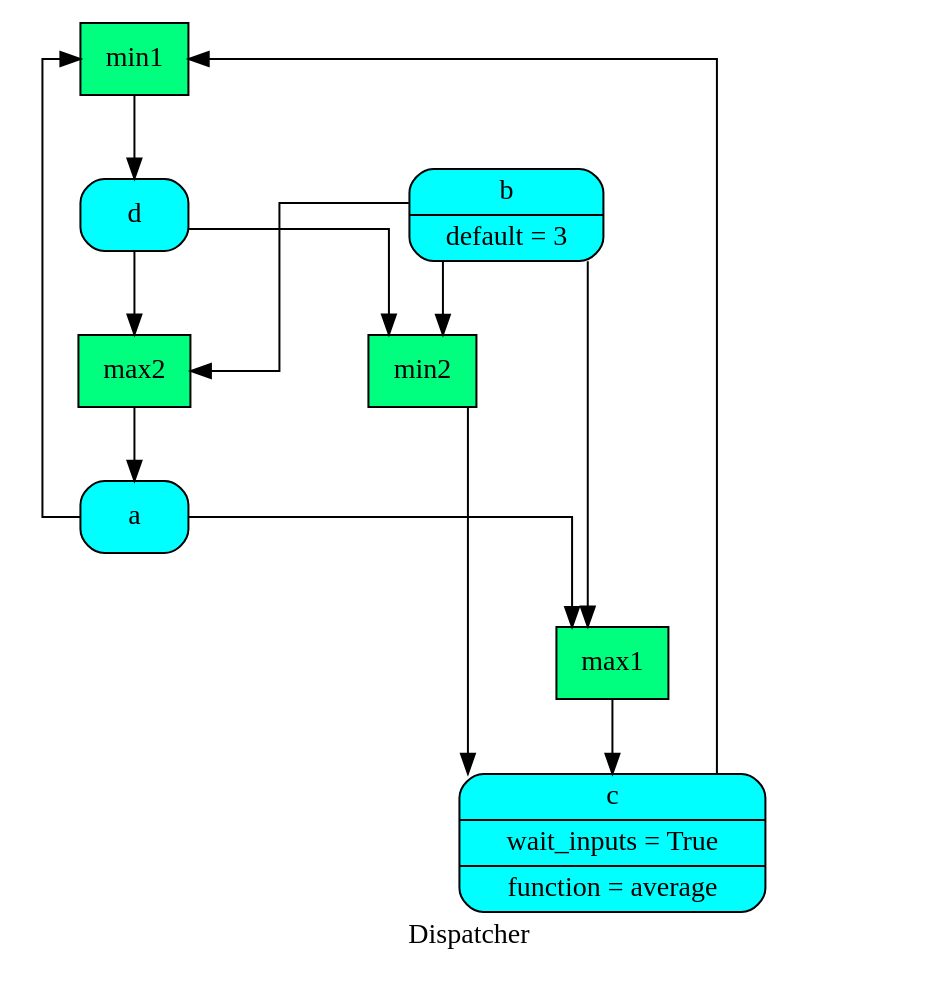
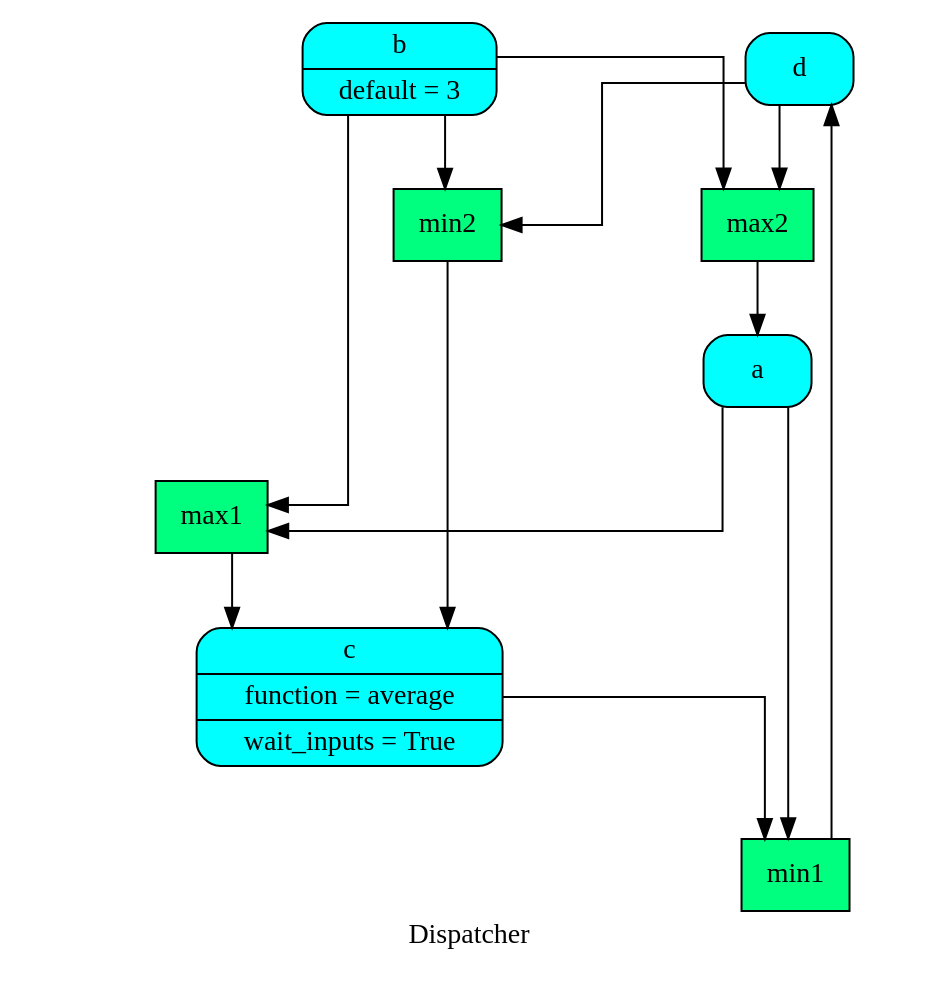
The diagram in doc/dispatcher/__init__/remove_cycles/dsp.dot (vinci1it2000/schedula), drawn with Graphviz before and after one commit. The commit also changed 24 other files, not shown here.

```diff
--- a/doc/dispatcher/__init__/remove_cycles/dsp.dot
+++ b/doc/dispatcher/__init__/remove_cycles/dsp.dot
@@ -1,26 +1,26 @@
 digraph Dispatcher {
 	graph [ratio=1]
 	node [style=filled]
+	label = "Dispatcher"
 	splines = ortho
-	label = "Dispatcher"
-		Dispatcher_2773667882067843218 [label="{ min1  }" fillcolor=springgreen shape=record]
-		Dispatcher_6978204315916669291 [label="{ a  }" fillcolor=cyan shape=Mrecord]
-		Dispatcher_6626115097598480436 [label="{ max2  }" fillcolor=springgreen shape=record]
-		"Dispatcher_-131253581771932711" [label="{ min2  }" fillcolor=springgreen shape=record]
-		"Dispatcher_-7581342329438558216" [label="{ max1  }" fillcolor=springgreen shape=record]
-		Dispatcher_5471397706553619705 [label="{ d  }" fillcolor=cyan shape=Mrecord]
-		Dispatcher_5731122394292607163 [label="{ b | default = 3 }" fillcolor=cyan shape=Mrecord]
-		"Dispatcher_-9068828303841174803" [label="{ c | wait_inputs = True | function = average }" fillcolor=cyan shape=Mrecord]
-			Dispatcher_2773667882067843218 -> Dispatcher_5471397706553619705
-			Dispatcher_6978204315916669291 -> "Dispatcher_-7581342329438558216"
-			Dispatcher_6978204315916669291 -> Dispatcher_2773667882067843218
-			Dispatcher_6626115097598480436 -> Dispatcher_6978204315916669291
-			"Dispatcher_-131253581771932711" -> "Dispatcher_-9068828303841174803"
-			"Dispatcher_-7581342329438558216" -> "Dispatcher_-9068828303841174803"
-			Dispatcher_5471397706553619705 -> "Dispatcher_-131253581771932711"
-			Dispatcher_5471397706553619705 -> Dispatcher_6626115097598480436
-			Dispatcher_5731122394292607163 -> "Dispatcher_-7581342329438558216"
-			Dispatcher_5731122394292607163 -> "Dispatcher_-131253581771932711"
-			Dispatcher_5731122394292607163 -> Dispatcher_6626115097598480436
-			"Dispatcher_-9068828303841174803" -> Dispatcher_2773667882067843218
+		Dispatcher_2454507358469954929 [label="{ d  }" fillcolor=cyan shape=Mrecord]
+		Dispatcher_6185816497042703556 [label="{ b | default = 3 }" fillcolor=cyan shape=Mrecord]
+		"Dispatcher_-3731723312381342379" [label="{ max2  }" fillcolor=springgreen shape=record]
+		"Dispatcher_-6053996528196385240" [label="{ c | function = average | wait_inputs = True }" fillcolor=cyan shape=Mrecord]
+		Dispatcher_8788622741581695577 [label="{ min1  }" fillcolor=springgreen shape=record]
+		Dispatcher_894052592096637194 [label="{ min2  }" fillcolor=springgreen shape=record]
+		Dispatcher_2203997267912285163 [label="{ a  }" fillcolor=cyan shape=Mrecord]
+		"Dispatcher_-2283380941193523908" [label="{ max1  }" fillcolor=springgreen shape=record]
+			Dispatcher_2454507358469954929 -> Dispatcher_894052592096637194
+			Dispatcher_2454507358469954929 -> "Dispatcher_-3731723312381342379"
+			Dispatcher_6185816497042703556 -> Dispatcher_894052592096637194
+			Dispatcher_6185816497042703556 -> "Dispatcher_-2283380941193523908"
+			Dispatcher_6185816497042703556 -> "Dispatcher_-3731723312381342379"
+			"Dispatcher_-3731723312381342379" -> Dispatcher_2203997267912285163
+			"Dispatcher_-6053996528196385240" -> Dispatcher_8788622741581695577
+			Dispatcher_8788622741581695577 -> Dispatcher_2454507358469954929
+			Dispatcher_894052592096637194 -> "Dispatcher_-6053996528196385240"
+			Dispatcher_2203997267912285163 -> Dispatcher_8788622741581695577
+			Dispatcher_2203997267912285163 -> "Dispatcher_-2283380941193523908"
+			"Dispatcher_-2283380941193523908" -> "Dispatcher_-6053996528196385240"
 }
```
